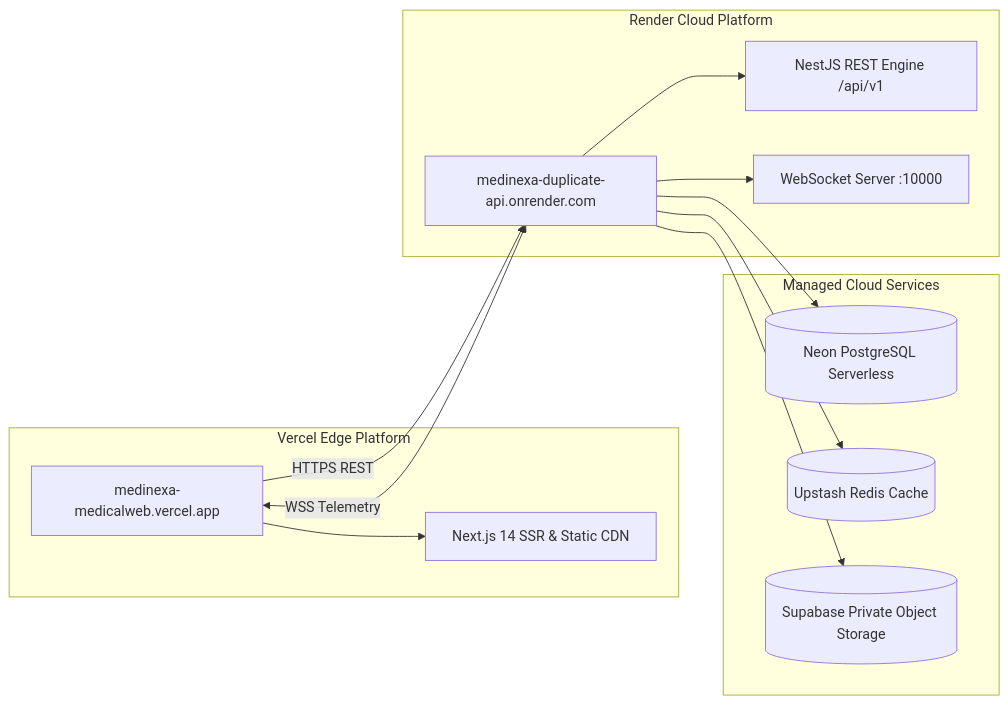
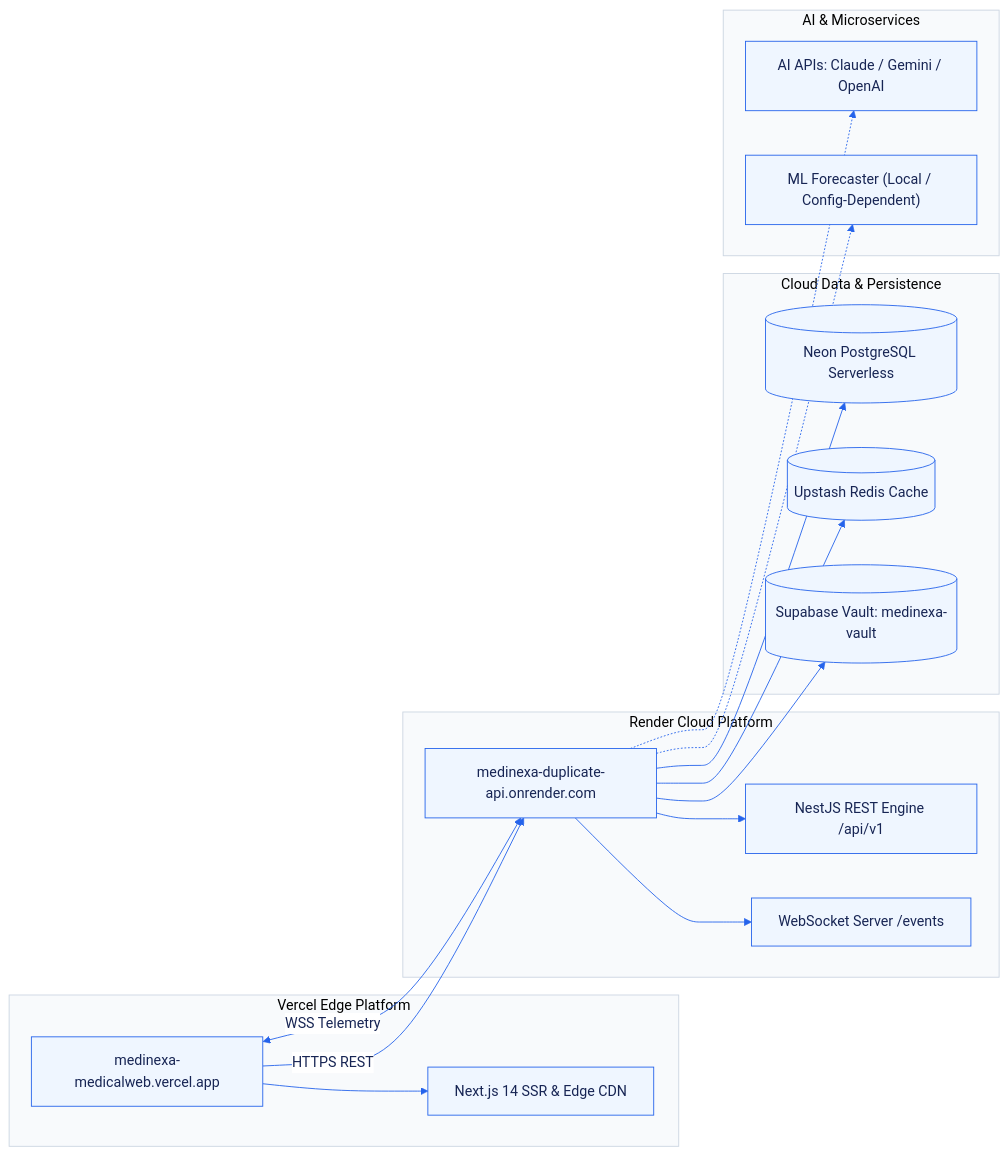
Before and after one commit to singhayush256/MediNexa: the ninth of 10 diagrams in README.md, drawn with Mermaid. The commit also changed other lines of this file, not shown here.

Commit message:
docs: redesign MediNexa README with light theme and verified architecture

````diff
--- a/README.md
+++ b/README.md
@@ -576,25 +856,33 @@
 ```mermaid
+%%{init: {'theme': 'base', 'themeVariables': { 'primaryColor': '#EFF6FF', 'primaryTextColor': '#172554', 'primaryBorderColor': '#2563EB', 'lineColor': '#2563EB', 'secondaryColor': '#F8FAFC', 'tertiaryColor': '#FFFFFF', 'edgeLabelBackground':'#FFFFFF', 'clusterBkg': '#F8FAFC', 'clusterBorder': '#CBD5E1'}}}%%
 flowchart LR
-    subgraph Vercel ["Vercel Edge Platform"]
+    subgraph EdgeTier ["Vercel Edge Platform"]
         V[medinexa-medicalweb.vercel.app]
-        V --> NextSSR[Next.js 14 SSR & Static CDN]
+        V --> NextSSR[Next.js 14 SSR & Edge CDN]
     end
 
-    subgraph Render ["Render Cloud Platform"]
+    subgraph ComputeTier ["Render Cloud Platform"]
         R[medinexa-duplicate-api.onrender.com]
         R --> NestAPI[NestJS REST Engine /api/v1]
-        R --> NestWS[WebSocket Server :10000]
+        R --> NestWS[WebSocket Server /events]
     end
 
-    subgraph ManagedCloud ["Managed Cloud Services"]
+    subgraph DataTier ["Cloud Data & Persistence"]
         Neon[(Neon PostgreSQL Serverless)]
         Upstash[(Upstash Redis Cache)]
-        SupaStorage[(Supabase Private Object Storage)]
+        SupaVault[(Supabase Vault: medinexa-vault)]
+    end
+
+    subgraph ExternalTier ["AI & Microservices"]
+        AI_APIS["AI APIs: Claude / Gemini / OpenAI"]
+        ML_LOCAL["ML Forecaster (Local / Config-Dependent)"]
     end
 
     V -->|HTTPS REST| R
     V <-->|WSS Telemetry| R
     R --> Neon
     R --> Upstash
-    R --> SupaStorage
+    R --> SupaVault
+    R -.-> AI_APIS
+    R -.-> ML_LOCAL
 ```
````
